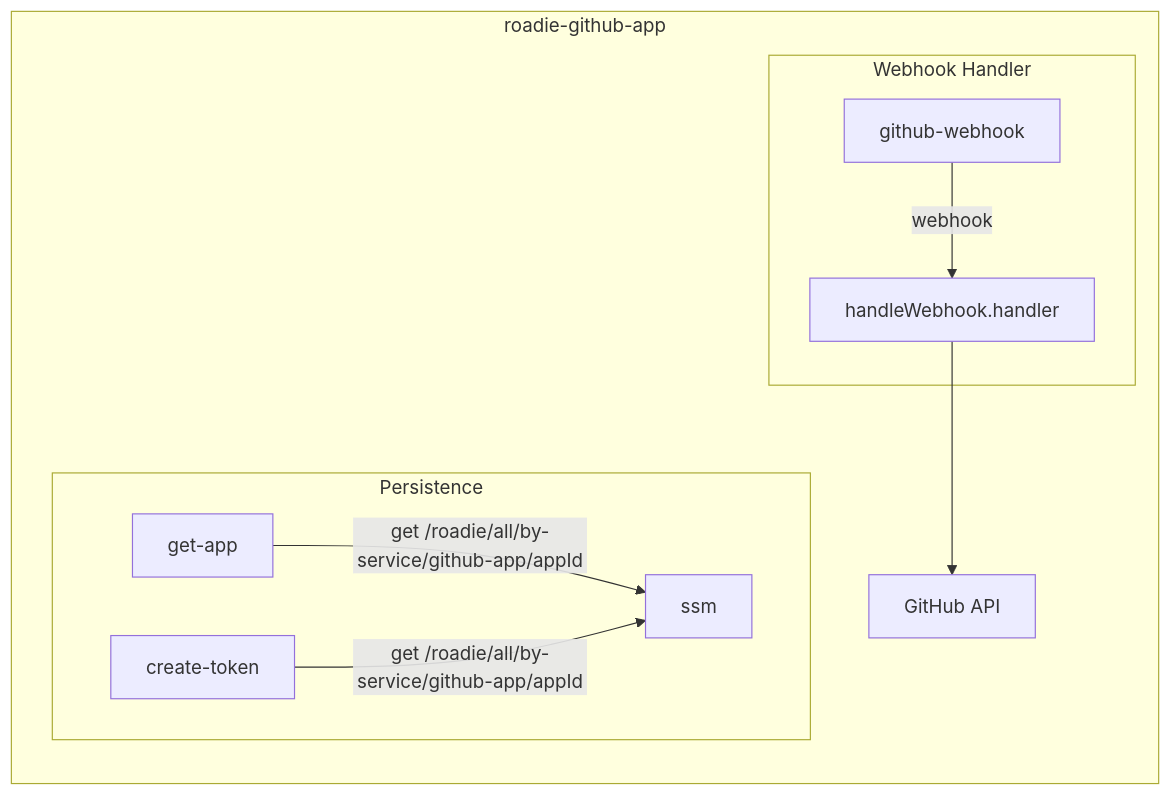
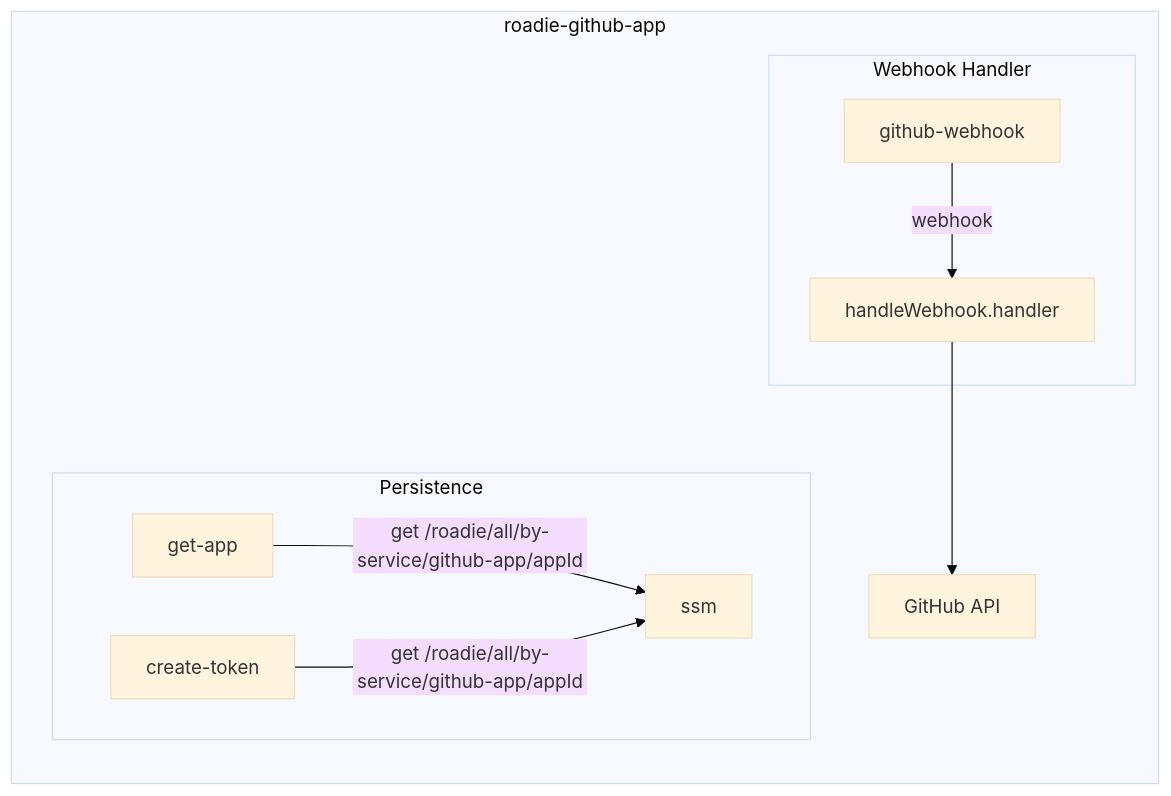
One commit to RoadieHQ/sample-service changed the second of 2 diagrams in docs/feature-testing.md. Above: the diagram before and after it, drawn with Mermaid.

````diff
--- a/docs/feature-testing.md
+++ b/docs/feature-testing.md
@@ -67,14 +67,15 @@
-```mermaid %%{init: {'theme':'base'}}%%
+```mermaid
+ %%{init: {'theme':'base'}}%%
  graph LR
     subgraph roadie-github-app
         subgraph Webhook Handler
             github-webhook -->|webhook| webhook-handler[handleWebhook.handler]
         end
 
         subgraph Persistence
             get-app -->|get /roadie/all/by-service/github-app/appId| ssm
             create-token -->|get /roadie/all/by-service/github-app/appId| ssm
         end
         webhook-handler --> github-api[GitHub API]
     end
 ```
````
